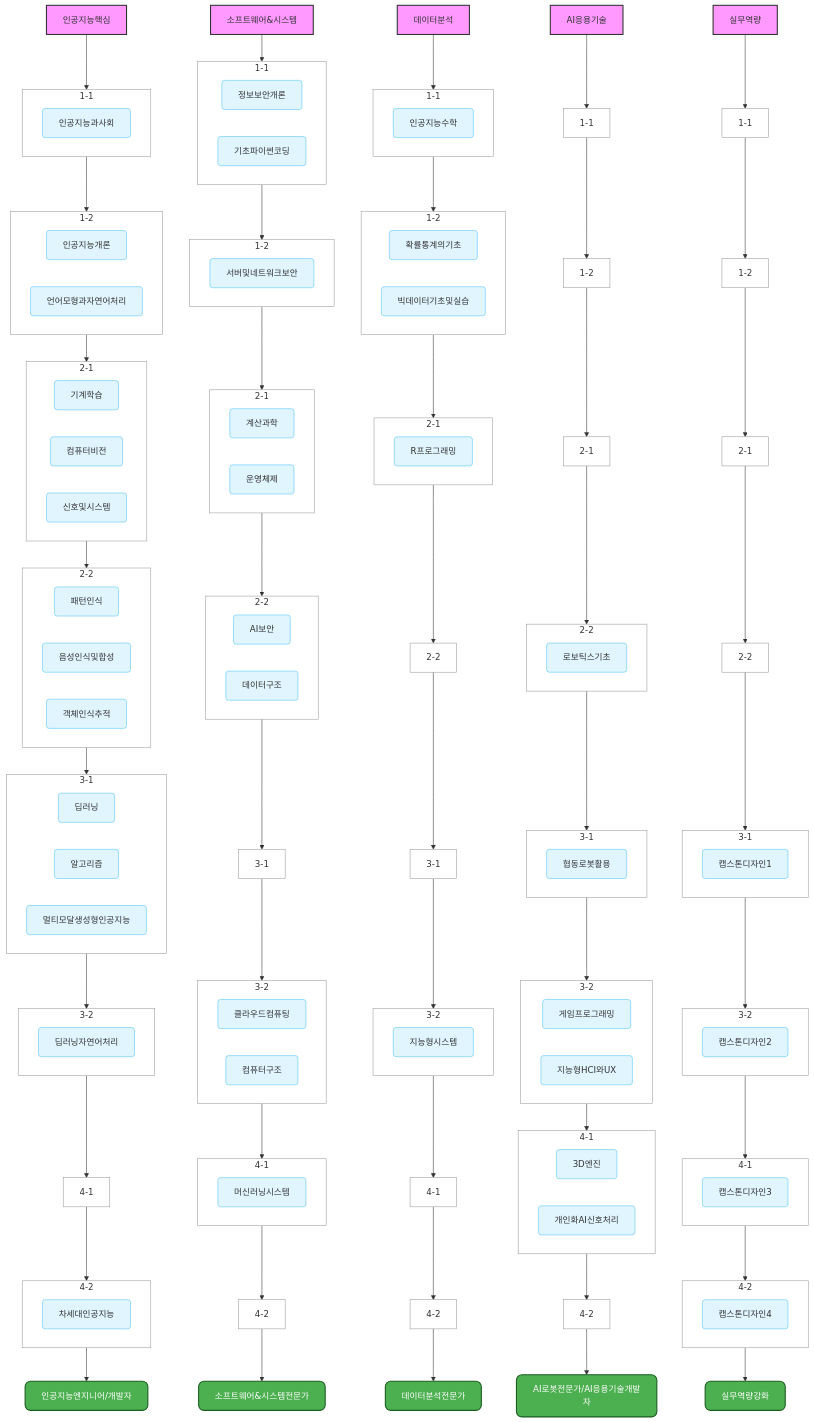
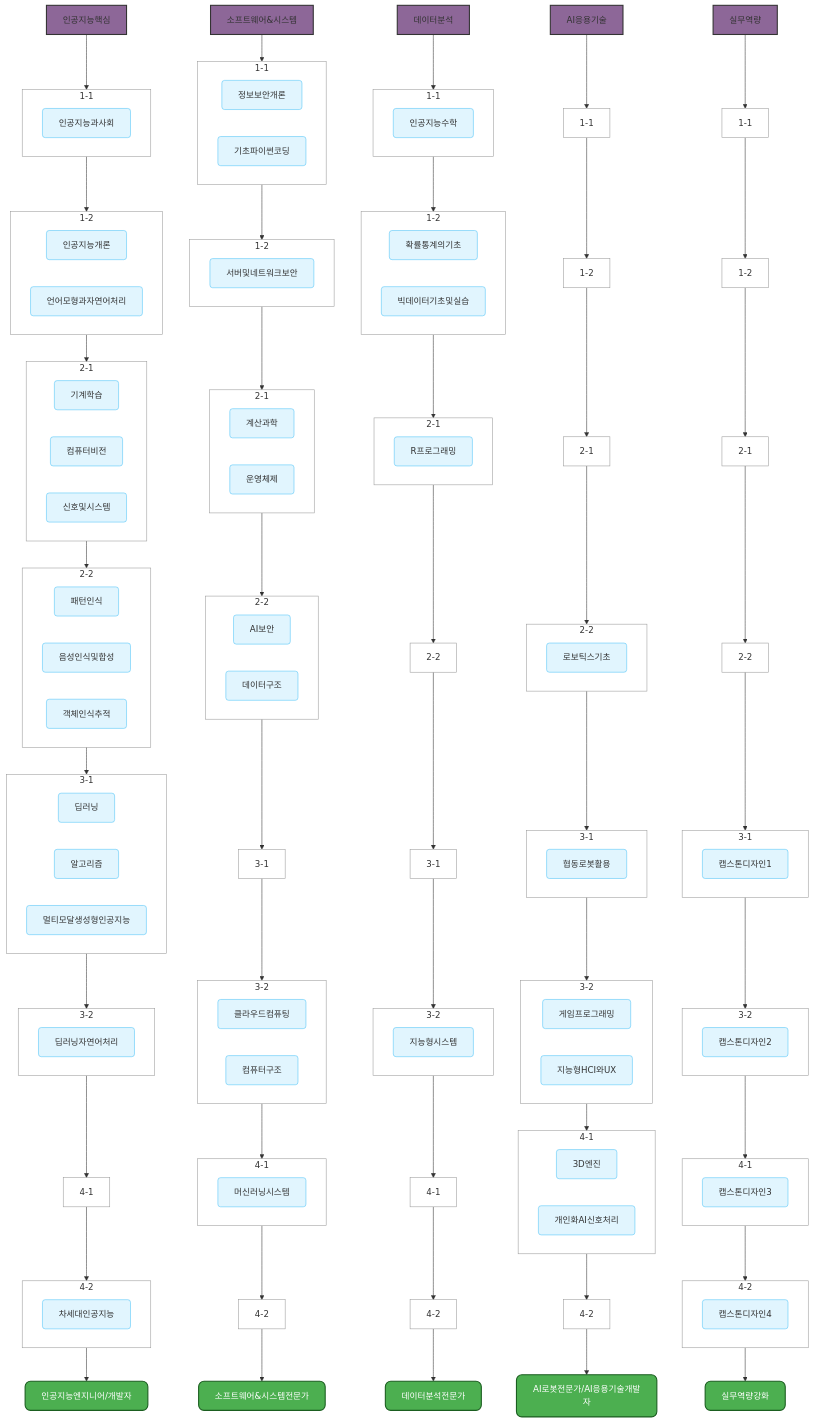
The diagram in site/_pages/curriculum.md (halla-ai/home), drawn with Mermaid before and after one commit.

Commit message:
chore: Update track color in curriculum diagram

```diff
--- a/site/_pages/curriculum.md
+++ b/site/_pages/curriculum.md
@@ -71,6 +71,6 @@
 <div class="mermaid">
 graph TD
-    classDef track fill:#f9f,stroke:#333,stroke-width:2px;
+    classDef track fill:#8d6798,stroke:#333,stroke-width:2px;
     classDef semester fill:#fff,stroke:#999,stroke-width:1px;
     classDef course fill:#e1f5fe,stroke:#4fc3f7,stroke-width:1px,rx:5px,ry:5px;
     classDef goal fill:#4caf50,color:#fff,stroke:#1b5e20,stroke-width:2px,rx:10px,ry:10px;
```
